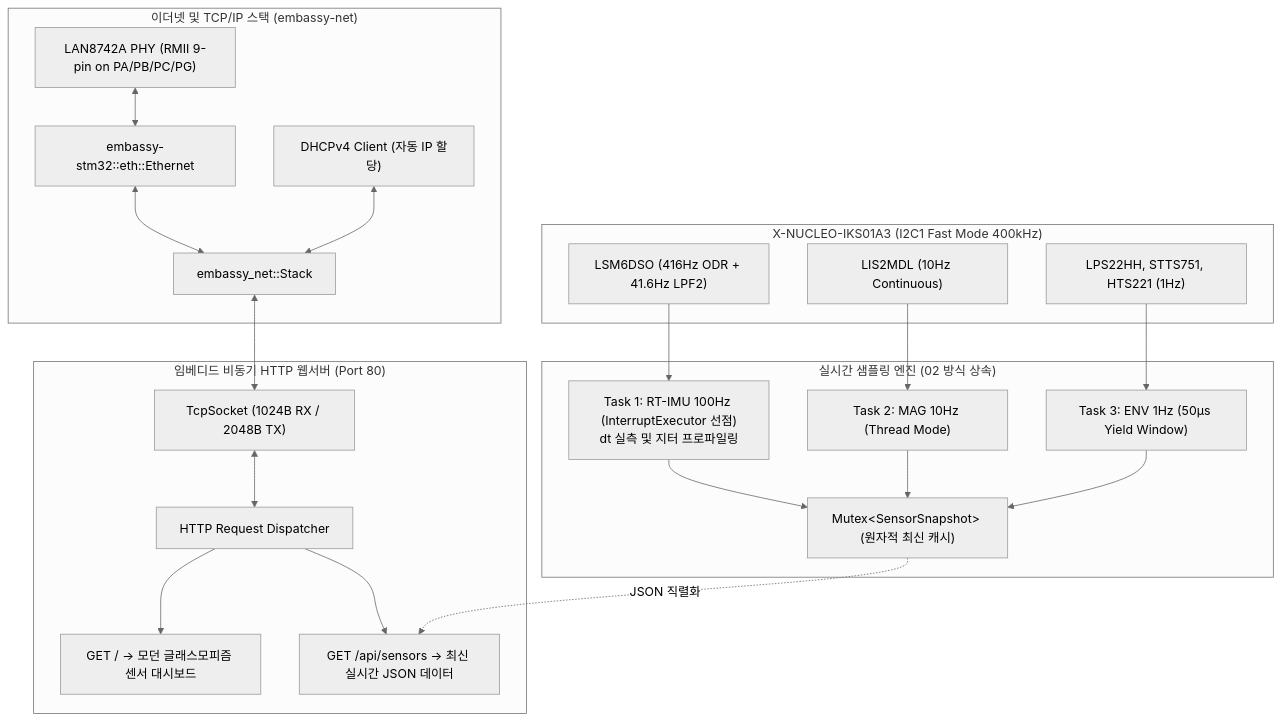
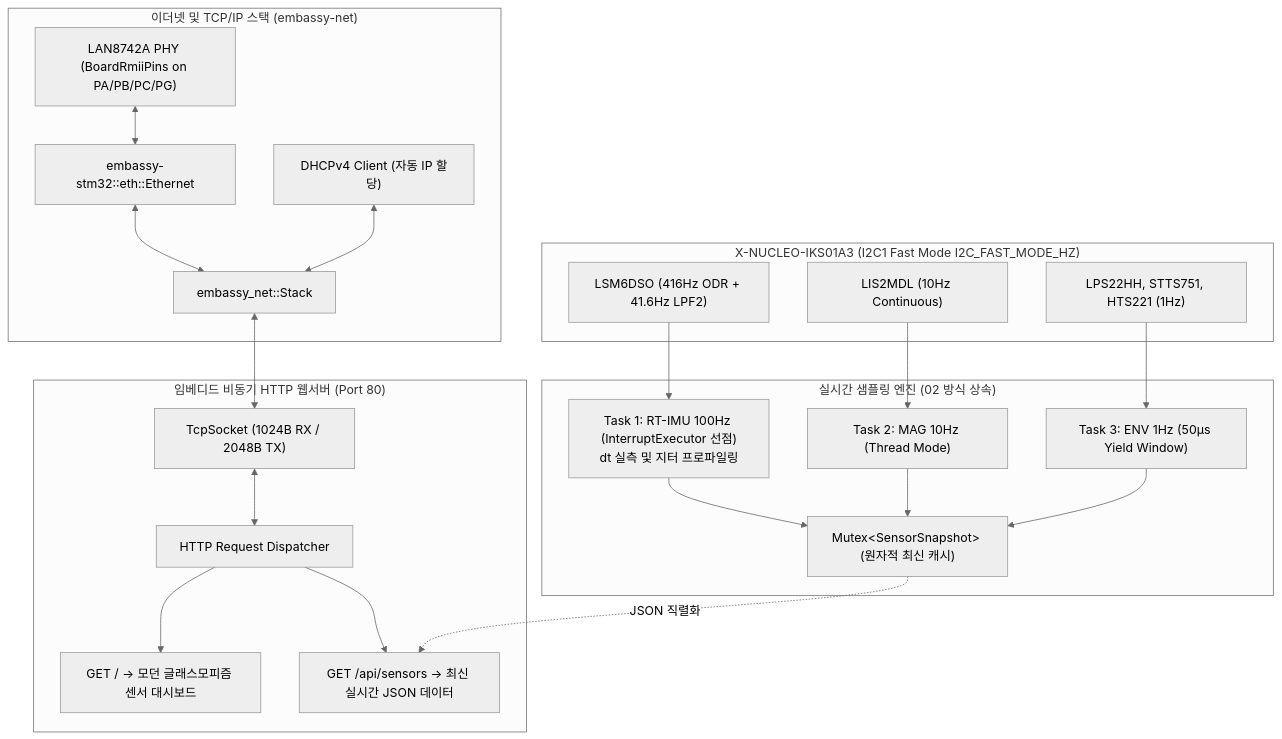
The diagram in examples/03_sensor_web_dashboard/README.md (voidrobot/nucleo_h743zi2_rust), drawn with Mermaid (neutral theme) before and after one commit. The commit also changed other lines of this file and 4 other files, not shown here.

````diff
--- a/examples/03_sensor_web_dashboard/README.md
+++ b/examples/03_sensor_web_dashboard/README.md
@@ -48,40 +50,40 @@
 ```mermaid
 graph TD
-    subgraph Sensors ["X-NUCLEO-IKS01A3 (I2C1 Fast Mode 400kHz)"]
+    subgraph Sensors ["X-NUCLEO-IKS01A3 (I2C1 Fast Mode I2C_FAST_MODE_HZ)"]
         IMU["LSM6DSO (416Hz ODR + 41.6Hz LPF2)"]
         MAG["LIS2MDL (10Hz Continuous)"]
         ENV["LPS22HH, STTS751, HTS221 (1Hz)"]
     end
 
     subgraph SamplingEngine ["실시간 샘플링 엔진 (02 방식 상속)"]
         RT_Task["Task 1: RT-IMU 100Hz (InterruptExecutor 선점)<br/>dt 실측 및 지터 프로파일링"]
         MAG_Task["Task 2: MAG 10Hz (Thread Mode)"]
         ENV_Task["Task 3: ENV 1Hz (50µs Yield Window)"]
         Snapshot["Mutex&lt;SensorSnapshot&gt; (원자적 최신 캐시)"]
     end
 
     subgraph NetworkStack ["이더넷 및 TCP/IP 스택 (embassy-net)"]
-        ETH_PHY["LAN8742A PHY (RMII 9-pin on PA/PB/PC/PG)"]
+        ETH_PHY["LAN8742A PHY (BoardRmiiPins on PA/PB/PC/PG)"]
         Driver["embassy-stm32::eth::Ethernet"]
         DHCP["DHCPv4 Client (자동 IP 할당)"]
         NetStack["embassy_net::Stack"]
     end
 
     subgraph HTTPServer ["임베디드 비동기 HTTP 웹서버 (Port 80)"]
         Socket["TcpSocket (1024B RX / 2048B TX)"]
         Router["HTTP Request Dispatcher"]
         HTML["GET / -> 모던 글래스모피즘 센서 대시보드"]
         JSON["GET /api/sensors -> 최신 실시간 JSON 데이터"]
     end
 
     IMU --> RT_Task --> Snapshot
     MAG --> MAG_Task --> Snapshot
     ENV --> ENV_Task --> Snapshot
 
     ETH_PHY <--> Driver <--> NetStack
     DHCP <--> NetStack
     NetStack <--> Socket <--> Router
     Router --> HTML
     Router --> JSON
     Snapshot -.->|"JSON 직렬화"| JSON
 ```
````
